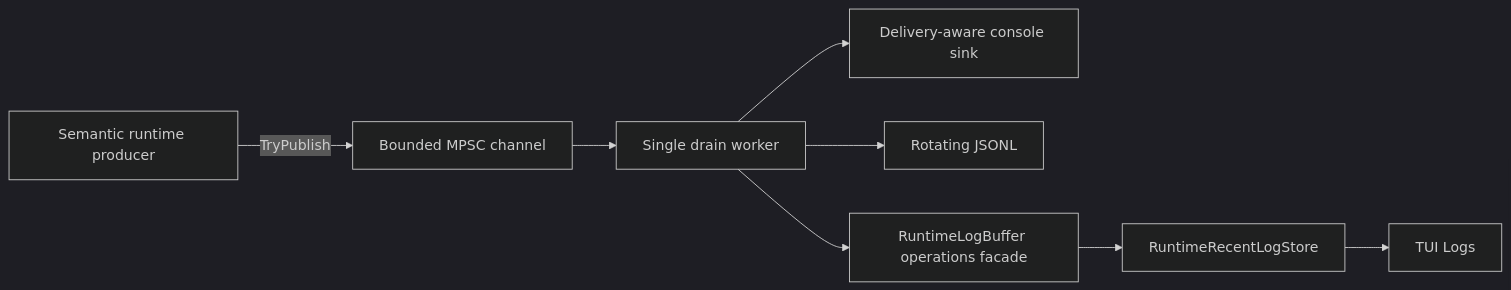
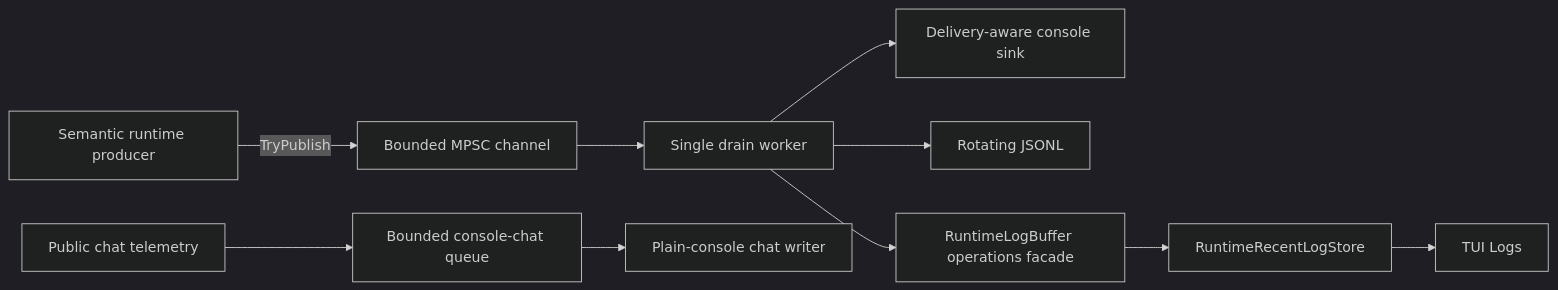
One commit to VegaKernel/TerraRuntime changed the diagram in docs/en/observability-logging.md. Above: the diagram before and after it, drawn with Mermaid (dark theme). The commit also changed other lines of this file and 12 other files, not shown here.

````diff
--- a/docs/en/observability-logging.md
+++ b/docs/en/observability-logging.md
@@ -9,10 +9,13 @@
 ```mermaid
 graph LR
     P[Semantic runtime producer] -->|TryPublish| Q[Bounded MPSC channel]
     Q --> W[Single drain worker]
     W --> C[Delivery-aware console sink]
     W --> J[Rotating JSONL]
     W --> O[RuntimeLogBuffer operations facade]
     O --> R[RuntimeRecentLogStore]
     R --> T[TUI Logs]
+
+    Chat[Public chat telemetry] --> CQ[Bounded console-chat queue]
+    CQ --> PC[Plain-console chat writer]
 ```
````
